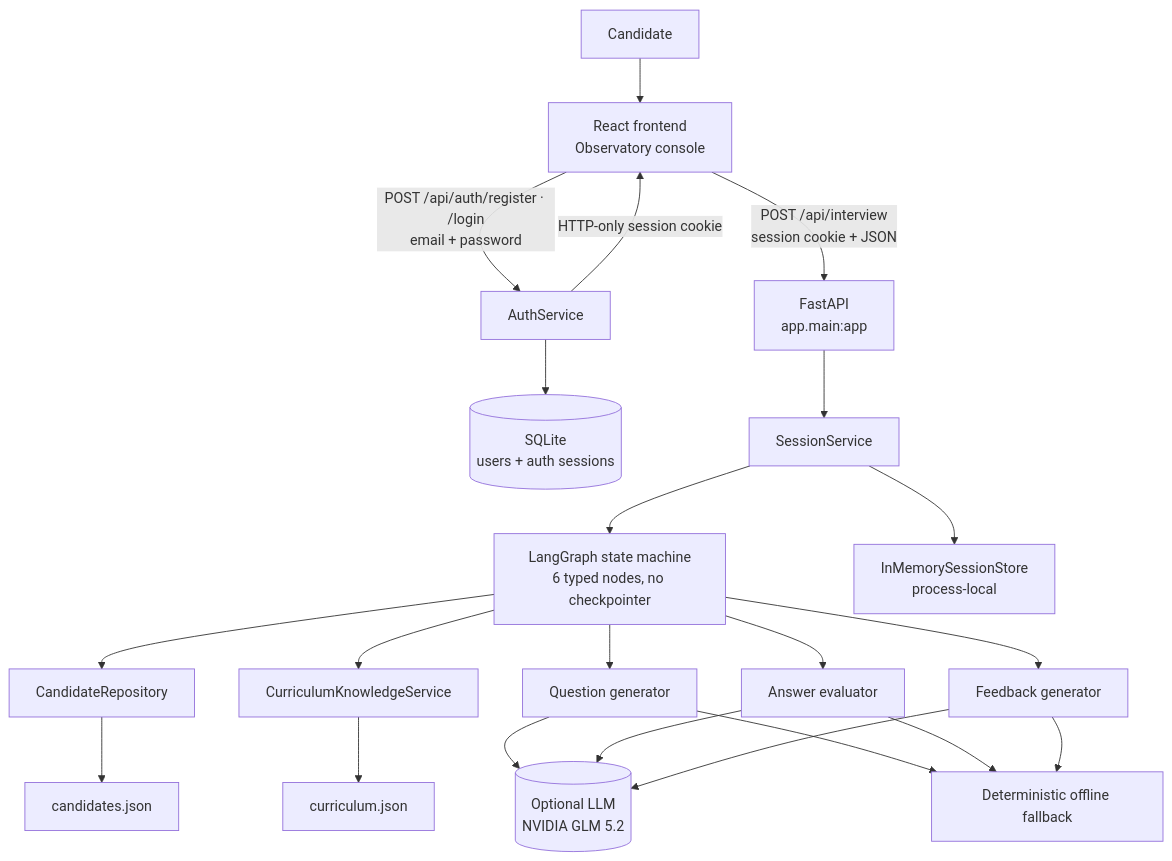
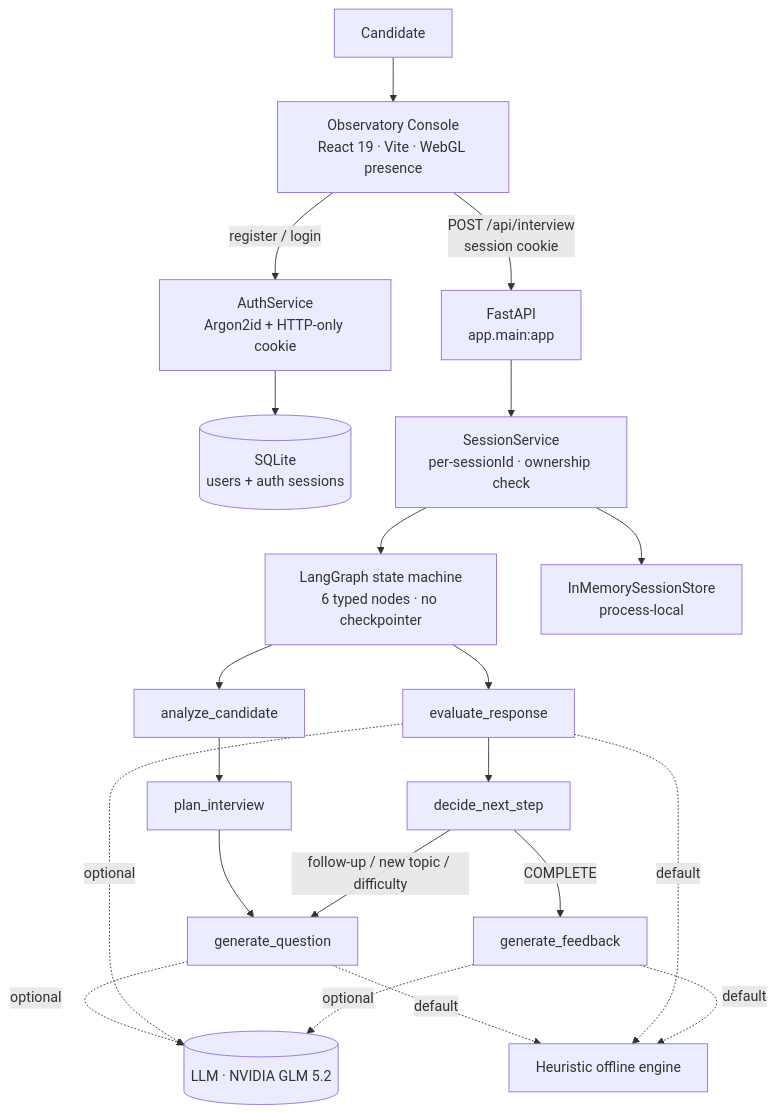
One commit to kartik00052/ProbeIQ changed the third of 5 diagrams in README.md. Above: the diagram before and after it, drawn with Mermaid. The commit also changed other lines of this file, not shown here.

````diff
--- a/README.md
+++ b/README.md
@@ -263,22 +118,16 @@
 ```mermaid
 flowchart TD
-    User[Candidate] --> FE[React frontend<br/>Observatory console]
-    FE -- POST /api/auth/register · /login<br/>email + password --> AUTH[AuthService]
-    AUTH --> AUTHDB[(SQLite<br/>users + auth sessions)]
-    AUTH -- HTTP-only session cookie --> FE
-    FE -- POST /api/interview<br/>session cookie + JSON --> API[FastAPI<br/>app.main:app]
-    API --> SS[SessionService]
-    SS --> G[LangGraph state machine<br/>6 typed nodes, no checkpointer]
-    G --> CR[CandidateRepository] --> CD[candidates.json]
-    G --> KS[CurriculumKnowledgeService] --> CQ[curriculum.json]
-    G --> QG[Question generator]
-    G --> EV[Answer evaluator]
-    G --> FG[Feedback generator]
-    QG --> LLM[(Optional LLM<br/>NVIDIA GLM 5.2)]
-    EV --> LLM
-    FG --> LLM
-    QG --> DET[Deterministic offline fallback]
-    EV --> DET
-    FG --> DET
-    SS --> ST[InMemorySessionStore<br/>process-local]
+    U[Candidate] --> FE["Observatory Console<br/>React 19 · Vite · WebGL presence"]
+    FE -->|"register / login"| AUTH["AuthService<br/>Argon2id + HTTP-only cookie"]
+    AUTH --> DB[("SQLite<br/>users + auth sessions")]
+    FE -->|"POST /api/interview<br/>session cookie"| API["FastAPI<br/>app.main:app"]
+    API --> SS["SessionService<br/>per-sessionId · ownership check"]
+    SS --> G["LangGraph state machine<br/>6 typed nodes · no checkpointer"]
+    G --> AN[analyze_candidate] --> PL[plan_interview] --> QG[generate_question]
+    G --> EV[evaluate_response] --> DN[decide_next_step]
+    DN -->|COMPLETE| FG[generate_feedback]
+    DN -->|follow-up / new topic / difficulty| QG
+    QG & EV & FG -. optional .-> LLM[("LLM · NVIDIA GLM 5.2")]
+    QG & EV & FG -. default .-> HE[Heuristic offline engine]
+    SS --> ST["InMemorySessionStore<br/>process-local"]
 ```
````
